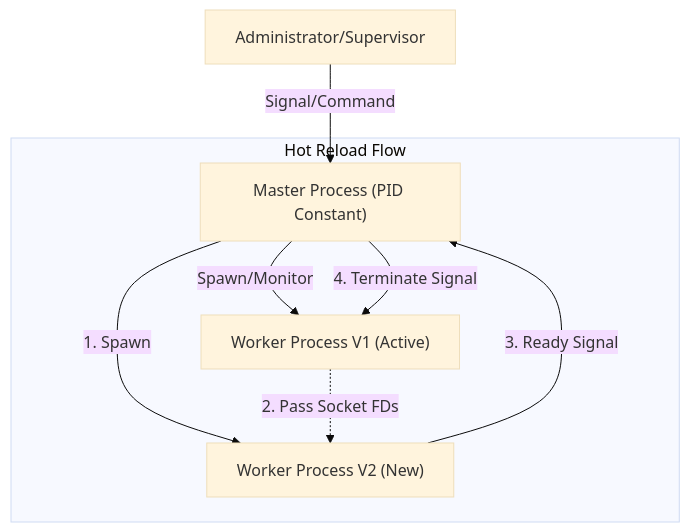
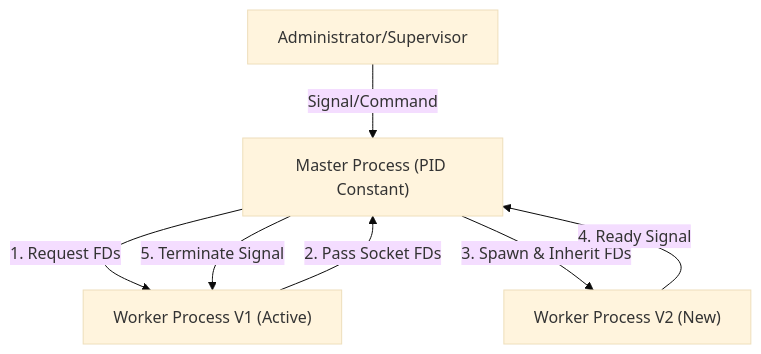
The diagram in docs/spec/hot_reload.md (nite-coder/bifrost), drawn with Mermaid (base theme) before and after one commit. The commit also changed other lines of this file and 19 other files, not shown here.

Commit message:
feat: Refactor server to Master-Worker architecture with FD transfer for hot reload and improved daemonization.

````diff
--- a/docs/spec/hot_reload.md
+++ b/docs/spec/hot_reload.md
@@ -50,12 +50,9 @@
 ```mermaid
 graph TD
     User["Administrator/Supervisor"] -->|Signal/Command| Master["Master Process (PID Constant)"]
-    Master -->|Spawn/Monitor| WorkerV1["Worker Process V1 (Active)"]
-    
-    subgraph Hot Reload Flow
-    Master -->|1. Spawn| WorkerV2["Worker Process V2 (New)"]
-    WorkerV1 -.->|2. Pass Socket FDs| WorkerV2
-    WorkerV2 -->|3. Ready Signal| Master
-    Master -->|4. Terminate Signal| WorkerV1
-    end
+    Master -->|1. Request FDs| WorkerV1["Worker Process V1 (Active)"]
+    WorkerV1 -->|2. Pass Socket FDs| Master
+    Master -->|3. Spawn & Inherit FDs| WorkerV2["Worker Process V2 (New)"]
+    WorkerV2 -->|4. Ready Signal| Master
+    Master -->|5. Terminate Signal| WorkerV1
 ```
````
